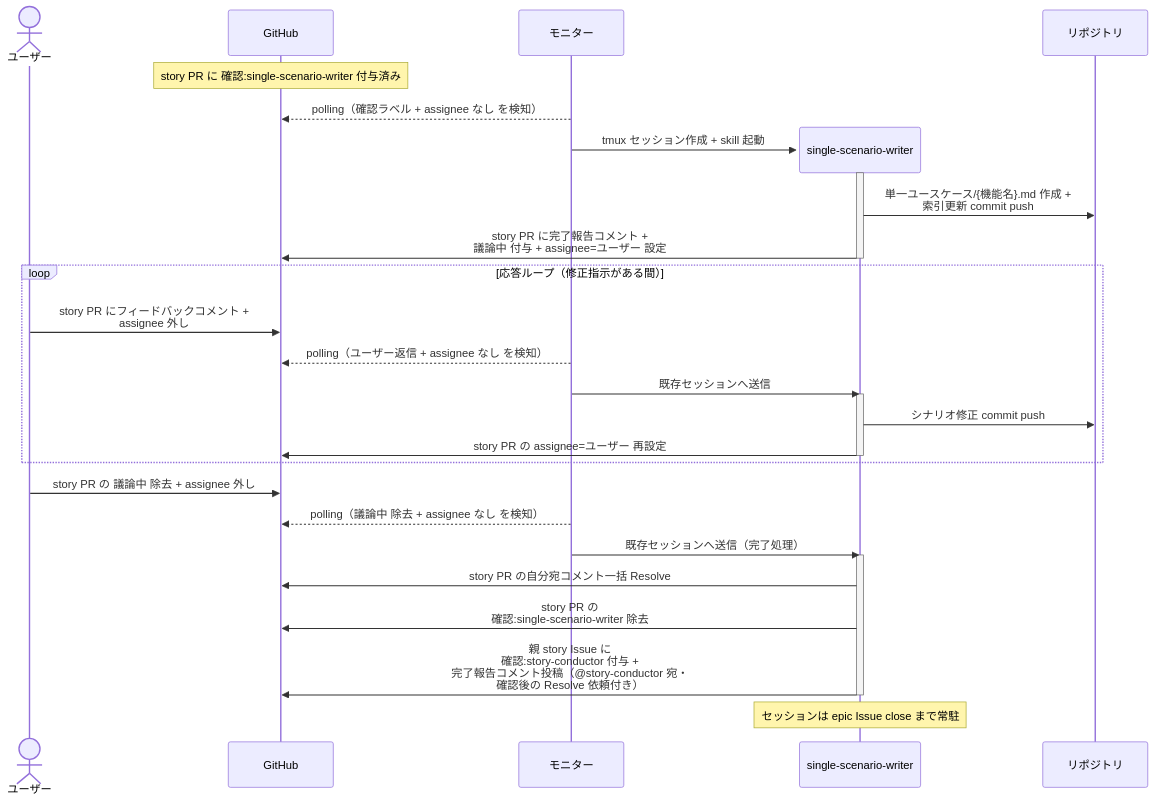
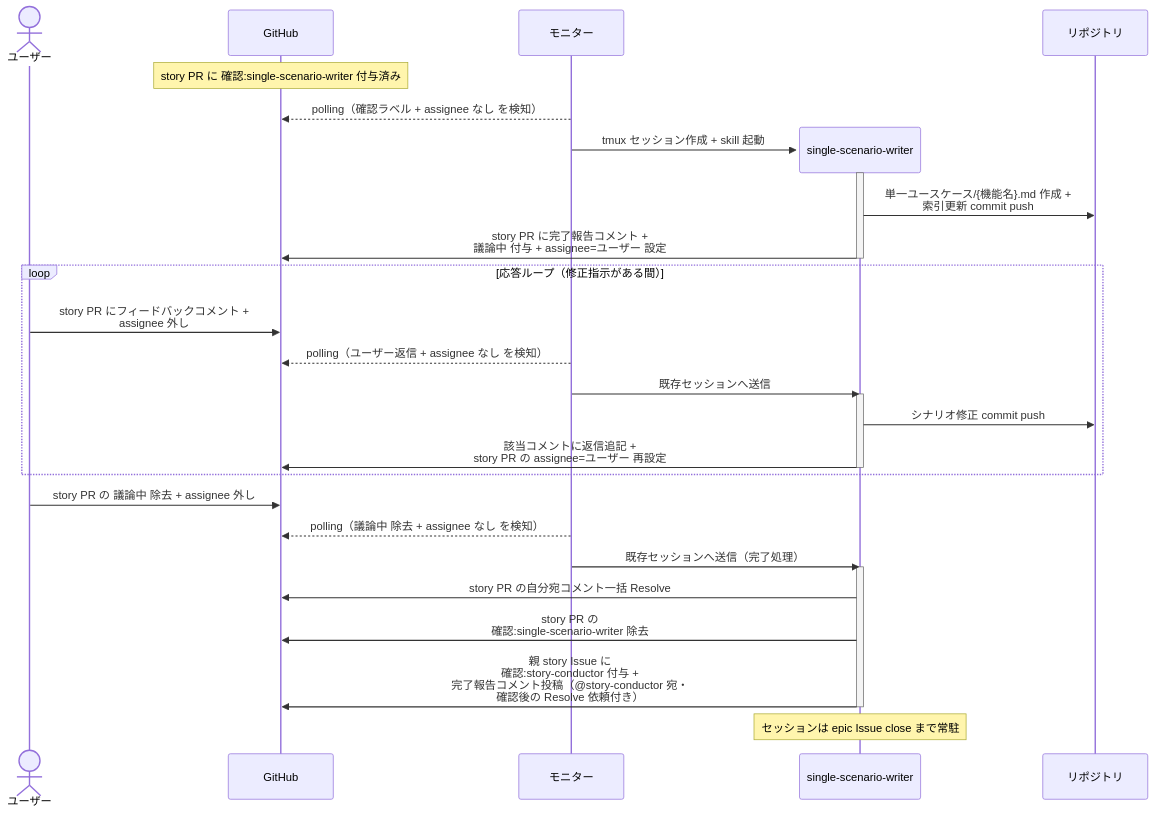
One commit to shuhei1101/ai-monitor changed the diagram in docs/wiki/設計図/シナリオ/単一ユースケース/単一シナリオ設計.md. Above: the diagram before and after it, drawn with Mermaid. The commit also changed 21 other files, not shown here.

````diff
--- a/docs/wiki/設計図/シナリオ/単一ユースケース/単一シナリオ設計.md
+++ b/docs/wiki/設計図/シナリオ/単一ユースケース/単一シナリオ設計.md
@@ -20,36 +20,36 @@
 ```mermaid
 sequenceDiagram
   actor U as ユーザー
   participant GH as GitHub
   participant ORC as モニター
 
   Note over GH: story PR に 確認:single-scenario-writer 付与済み
   ORC-->>GH: polling（確認ラベル + assignee なし を検知）
   create participant MON as single-scenario-writer
   ORC->>MON: tmux セッション作成 + skill 起動
   participant REPO as リポジトリ
   activate MON
   MON->>REPO: 単一ユースケース/{機能名}.md 作成 +<br>索引更新 commit push
   MON->>GH: story PR に完了報告コメント +<br>議論中 付与 + assignee=ユーザー 設定
   deactivate MON
 
   loop 応答ループ（修正指示がある間）
     U->>GH: story PR にフィードバックコメント +<br>assignee 外し
     ORC-->>GH: polling（ユーザー返信 + assignee なし を検知）
     ORC->>MON: 既存セッションへ送信
     activate MON
     MON->>REPO: シナリオ修正 commit push
-    MON->>GH: story PR の assignee=ユーザー 再設定
+    MON->>GH: 該当コメントに返信追記 +<br>story PR の assignee=ユーザー 再設定
     deactivate MON
   end
 
   U->>GH: story PR の 議論中 除去 + assignee 外し
   ORC-->>GH: polling（議論中 除去 + assignee なし を検知）
   ORC->>MON: 既存セッションへ送信（完了処理）
   activate MON
   MON->>GH: story PR の自分宛コメント一括 Resolve
   MON->>GH: story PR の<br>確認:single-scenario-writer 除去
   MON->>GH: 親 story Issue に<br>確認:story-conductor 付与 +<br>完了報告コメント投稿（@story-conductor 宛・<br>確認後の Resolve 依頼付き）
   deactivate MON
   Note over MON: セッションは epic Issue close まで常駐
 ```
````
